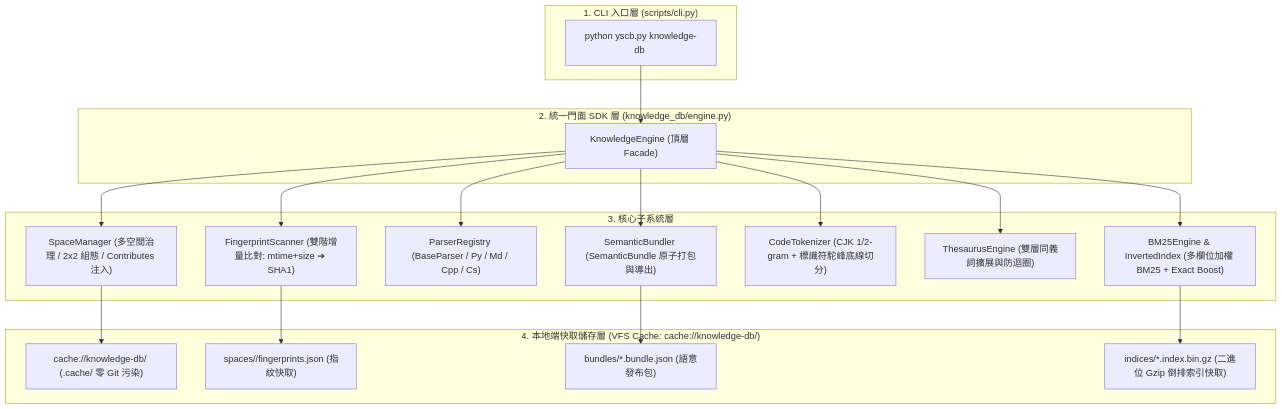
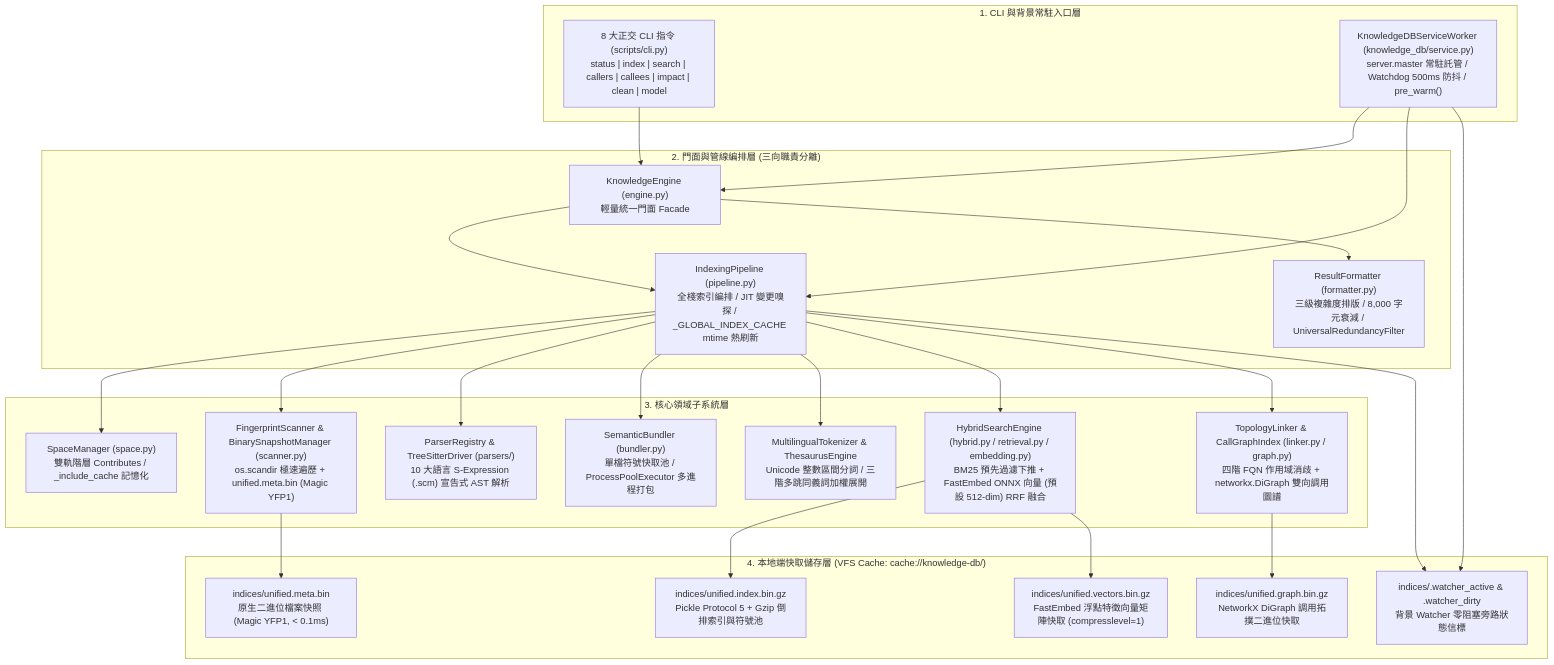
The first of 2 diagrams in docs/knowledge-db/architecture.md (ysnaive/ys-codebase), drawn with Mermaid before and after one commit. The commit also changed other lines of this file and 91 other files, not shown here.

First line of the commit message:
feat(core,agents-workflow,docs): remediate clean-install feedback, purify DESIGN_NOTES, and sink specs to standard docs

````diff
--- a/docs/knowledge-db/architecture.md
+++ b/docs/knowledge-db/architecture.md
@@ -9,34 +31,40 @@
 ```mermaid
 flowchart TD
-    subgraph CLILayer ["1. CLI 入口層 (scripts/cli.py)"]
-        CLI["python yscb.py knowledge-db <status|scan|bundle|index|search|clean>"]
+    subgraph CLILayer ["1. CLI 與背景常駐入口層"]
+        CLI["8 大正交 CLI 指令 (scripts/cli.py)<br/>status | index | search | callers | callees | impact | clean | model"]
+        Worker["KnowledgeDBServiceWorker (knowledge_db/service.py)<br/>server.master 常駐託管 / Watchdog 500ms 防抖 / pre_warm()"]
     end
 
-    subgraph SDKLayer ["2. 統一門面 SDK 層 (knowledge_db/engine.py)"]
-        Engine["KnowledgeEngine (頂層 Facade)"]
+    subgraph FacadeLayer ["2. 門面與管線編排層 (三向職責分離)"]
+        Engine["KnowledgeEngine (engine.py)<br/>輕量統一門面 Facade"]
+        Pipeline["IndexingPipeline (pipeline.py)<br/>全棧索引編排 / JIT 變更嗅探 / _GLOBAL_INDEX_CACHE mtime 熱刷新"]
+        Formatter["ResultFormatter (formatter.py)<br/>三級複雜度排版 / 8,000 字元衰減 / UniversalRedundancyFilter"]
     end
 
-    subgraph CoreLayer ["3. 核心子系統層"]
-        SpaceMgr["SpaceManager (多空間治理 / 2x2 組態 / Contributes 注入)"]
-        Scanner["FingerprintScanner (雙階增量比對: mtime+size ➔ SHA1)"]
-        Registry["ParserRegistry (BaseParser / Py / Md / Cpp / Cs)"]
-        Bundler["SemanticBundler (SemanticBundle 原子打包與導出)"]
-        Tokenizer["CodeTokenizer (CJK 1/2-gram + 標識符駝峰底線切分)"]
-        Thesaurus["ThesaurusEngine (雙層同義詞擴展與防迴圈)"]
-        Retrieval["BM25Engine & InvertedIndex (多欄位加權 BM25 + Exact Boost)"]
+    subgraph CoreSubsystems ["3. 核心領域子系統層"]
+        SpaceMgr["SpaceManager (space.py)<br/>雙軌階層 Contributes / _include_cache 記憶化"]
+        Scanner["FingerprintScanner & BinarySnapshotManager (scanner.py)<br/>os.scandir 極速遍歷 + unified.meta.bin (Magic YFP1)"]
+        Parsers["ParserRegistry & TreeSitterDriver (parsers/)<br/>10 大語言 S-Expression (.scm) 宣告式 AST 解析"]
+        Bundler["SemanticBundler (bundler.py)<br/>單檔符號快取池 / ProcessPoolExecutor 多進程打包"]
+        Tokenizer["MultilingualTokenizer & ThesaurusEngine<br/>Unicode 整數區間分詞 / 三階多跳同義詞加權展開"]
+        Hybrid["HybridSearchEngine (hybrid.py / retrieval.py / embedding.py)<br/>BM25 預先過濾下推 + FastEmbed ONNX 向量 (預設 512-dim) RRF 融合"]
+        Graph["TopologyLinker & CallGraphIndex (linker.py / graph.py)<br/>四階 FQN 作用域消歧 + networkx.DiGraph 雙向調用圖譜"]
     end
 
     subgraph StorageLayer ["4. 本地端快取儲存層 (VFS Cache: cache://knowledge-db/)"]
-        CacheRoot["cache://knowledge-db/ (.cache/ 零 Git 污染)"]
-        FPStorage["spaces/<space>/fingerprints.json (指紋快取)"]
-        BundleStorage["bundles/*.bundle.json (語意發布包)"]
-        IndexStorage["indices/*.index.bin.gz (二進位 Gzip 倒排索引快取)"]
+        MetaBin["indices/unified.meta.bin<br/>原生二進位檔案快照 (Magic YFP1, < 0.1ms)"]
+        IndexBin["indices/unified.index.bin.gz<br/>Pickle Protocol 5 + Gzip 倒排索引與符號池"]
+        GraphBin["indices/unified.graph.bin.gz<br/>NetworkX DiGraph 調用拓撲二進位快取"]
+        VecBin["indices/unified.vectors.bin.gz<br/>FastEmbed 浮點特徵向量矩陣快取 (compresslevel=1)"]
+        WatcherFlags["indices/.watcher_active & .watcher_dirty<br/>背景 Watcher 零阻塞旁路狀態信標"]
     end
 
     CLI --> Engine
-    Engine --> SpaceMgr & Scanner & Registry & Bundler & Tokenizer & Thesaurus & Retrieval
-    SpaceMgr --> CacheRoot
-    Scanner --> FPStorage
-    Bundler --> BundleStorage
-    Retrieval --> IndexStorage
+    Worker --> Engine & Pipeline
+    Engine --> Pipeline & Formatter
+    Pipeline --> SpaceMgr & Scanner & Parsers & Bundler & Tokenizer & Hybrid & Graph
+    Scanner --> MetaBin
+    Hybrid --> IndexBin & VecBin
+    Graph --> GraphBin
+    Worker & Pipeline --> WatcherFlags
 ```
````
